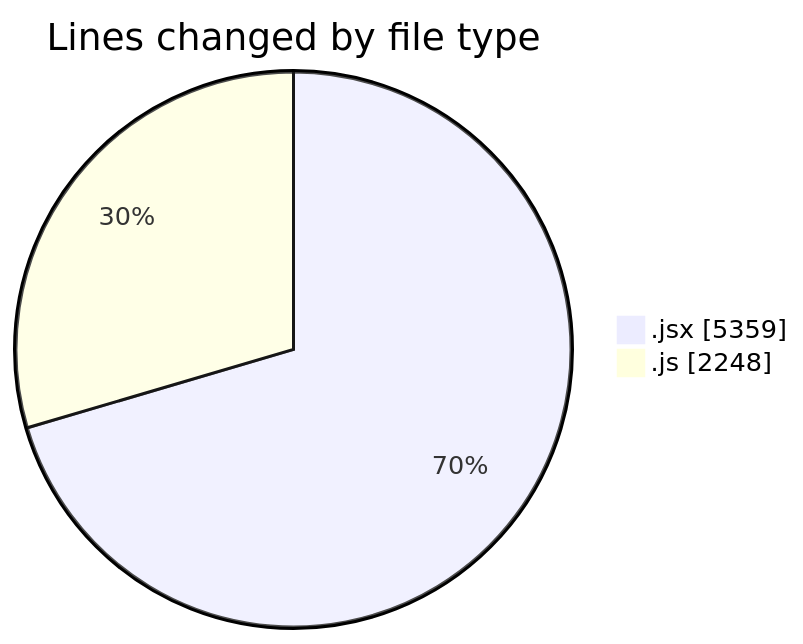
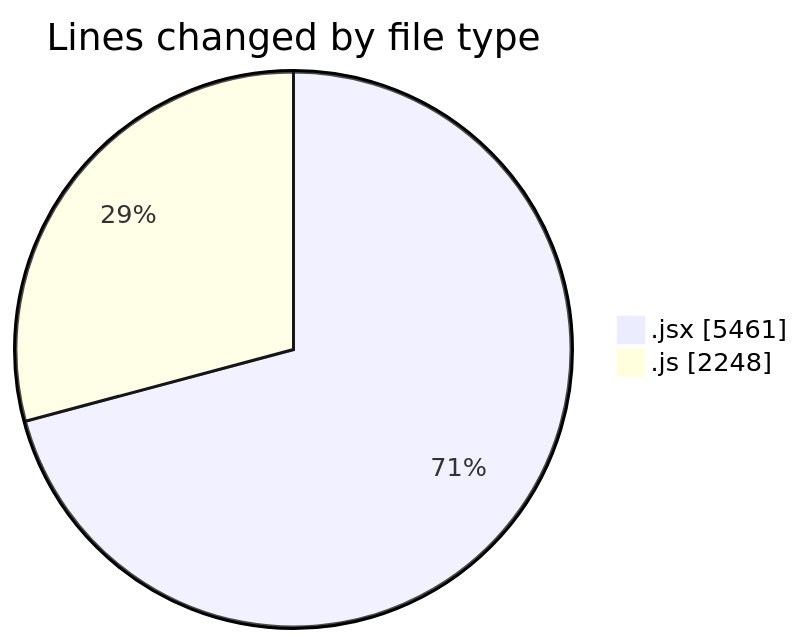
Before and after one commit to nxtqubesakshisongat/code-tracking: the first of 2 diagrams in 2025-09-28/nxtqube_webapp/README.md, drawn with Mermaid. The commit also changed other lines of this file and 1 other file, not shown here.

````diff
--- a/2025-09-28/nxtqube_webapp/README.md
+++ b/2025-09-28/nxtqube_webapp/README.md
@@ -23,6 +23,6 @@
 ```mermaid
 pie showData
 title Lines changed by file type
-".jsx" : 5359
+".jsx" : 5461
 ".js" : 2248
 ```
````
